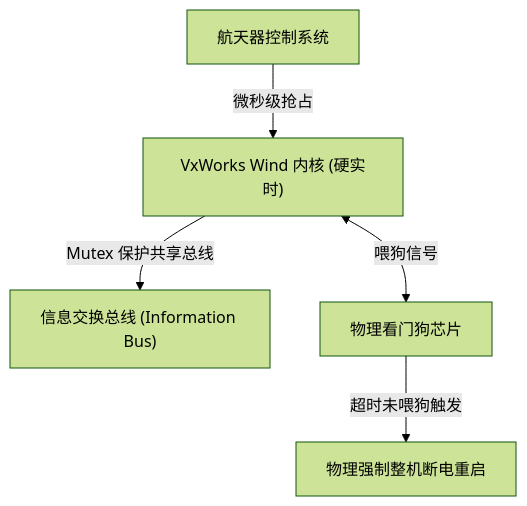
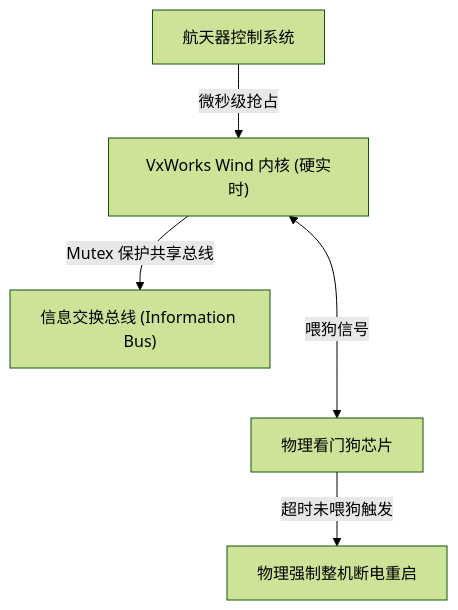
One commit to koosai/AI-Architect-Learning changed the first of 7 diagrams in docs/atlas/vxworks.mdx. Above: the diagram before and after it, drawn with Mermaid (forest theme). The commit also changed other lines of this file and 68 other files, not shown here.

Commit message:
fix(atlas): fix browser client-side Mermaid rendering for mindmaps and flowcharts across 67 case studies

````diff
--- a/docs/atlas/vxworks.mdx
+++ b/docs/atlas/vxworks.mdx
@@ -44,7 +44,7 @@
 ```mermaid
 graph TD
   SpaceSystem["航天器控制系统"] -->|微秒级抢占| WindKernel["VxWorks Wind 内核 (硬实时)"]
   WindKernel -->|Mutex 保护共享总线| DataBus["信息交换总线 (Information Bus)"]
-  WindKernel <-->|喂狗信号| Watchdog["物理看门狗芯片"]
+  WindKernel <--->|喂狗信号| Watchdog["物理看门狗芯片"]
   Watchdog -->|超时未喂狗触发| HWReset["物理强制整机断电重启"]
 ```
````
